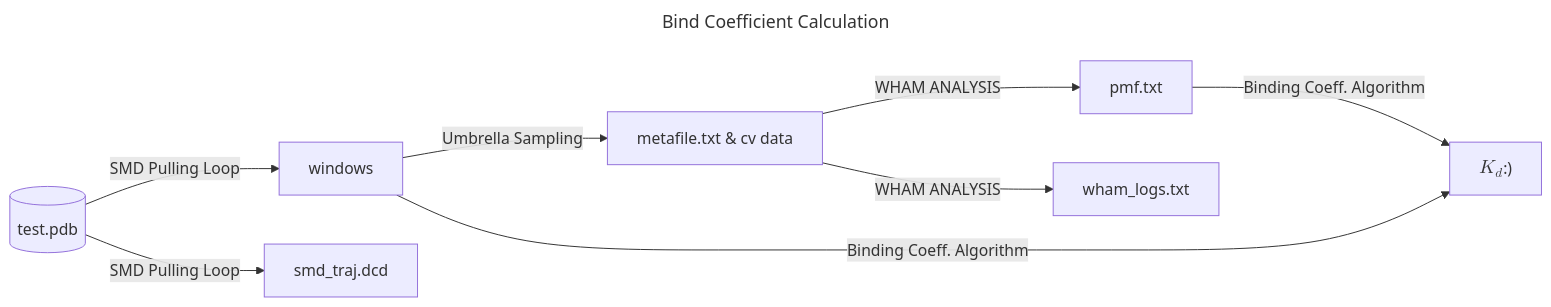
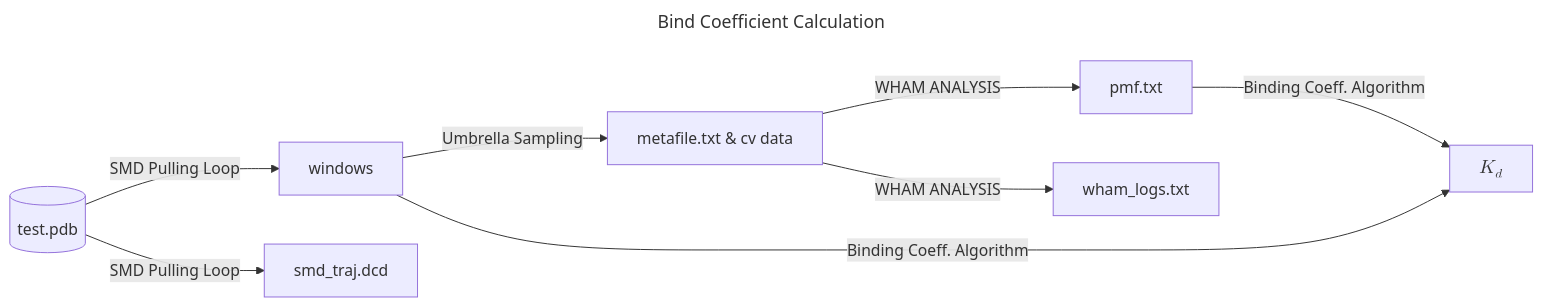
One commit to jkhdr5426/gh_scoresolver changed the diagram in readme.md. Above: the diagram before and after it, drawn with Mermaid. The commit also changed other lines of this file, not shown here.

```diff
--- a/readme.md
+++ b/readme.md
@@ -53,18 +53,18 @@
 ~~~mermaid
 ---
 title: Bind Coefficient Calculation
 ---
 graph LR;
     pdb[("test.pdb")]
     win["windows"]
     mt["metafile.txt & cv data"]
     pmf["pmf.txt"]
     traj["smd_traj.dcd"]
     wl["wham_logs.txt"]
-    kd["$$K_d$$ :)"]
+    kd["$$K_d$$"]
     pdb -- "SMD Pulling Loop" --> traj & win
     win -- "Umbrella Sampling" --> mt
     mt -- "WHAM ANALYSIS" --> pmf & wl
     pmf -- "Binding Coeff. Algorithm" --> kd
     win -- "Binding Coeff. Algorithm" --> kd
 ~~~
```
